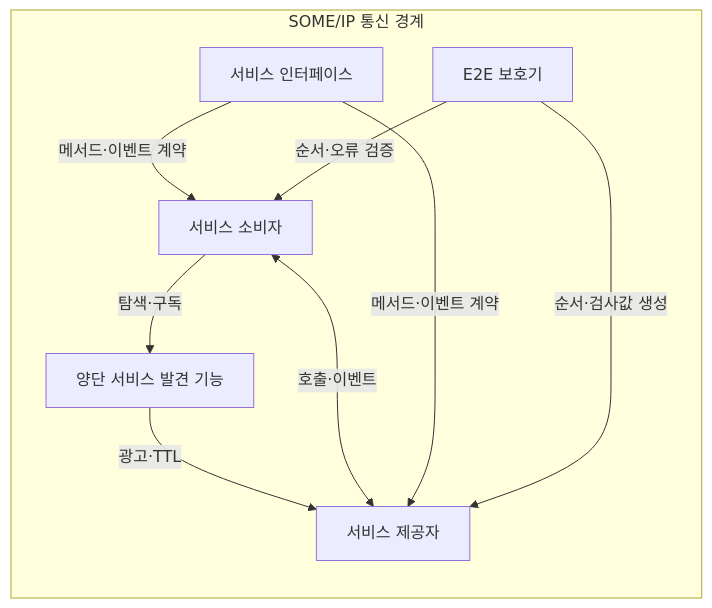
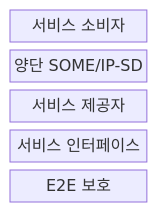
One commit to agnusdei1207/knowledge-base changed the first of 2 diagrams in src/content/docs/notes/04-network/082_some_ip_automotive_ethernet.md. Above: the diagram before and after it, drawn with Mermaid. The commit also changed other lines of this file and 11 other files, not shown here.

````diff
--- a/src/content/docs/notes/04-network/082_some_ip_automotive_ethernet.md
+++ b/src/content/docs/notes/04-network/082_some_ip_automotive_ethernet.md
@@ -53,12 +55,9 @@
 ```mermaid
-flowchart LR
-    subgraph S[SOME/IP 통신 경계]
-        A["서비스 소비자"] -->|탐색·구독| B["양단 서비스 발견 기능"]
-        B -->|광고·TTL| C["서비스 제공자"]
-        A <-->|호출·이벤트| C
-        D["서비스 인터페이스"] -->|메서드·이벤트 계약| A
-        D -->|메서드·이벤트 계약| C
-        E["E2E 보호기"] -->|순서·오류 검증| A
-        E -->|순서·검사값 생성| C
-    end
+block-beta
+    columns 1
+    CONSUMER["서비스 소비자"]
+    DISCOVERY["양단 SOME/IP-SD"]
+    PROVIDER["서비스 제공자"]
+    CONTRACT["서비스 인터페이스"]
+    E2E["E2E 보호"]
 ```
````
